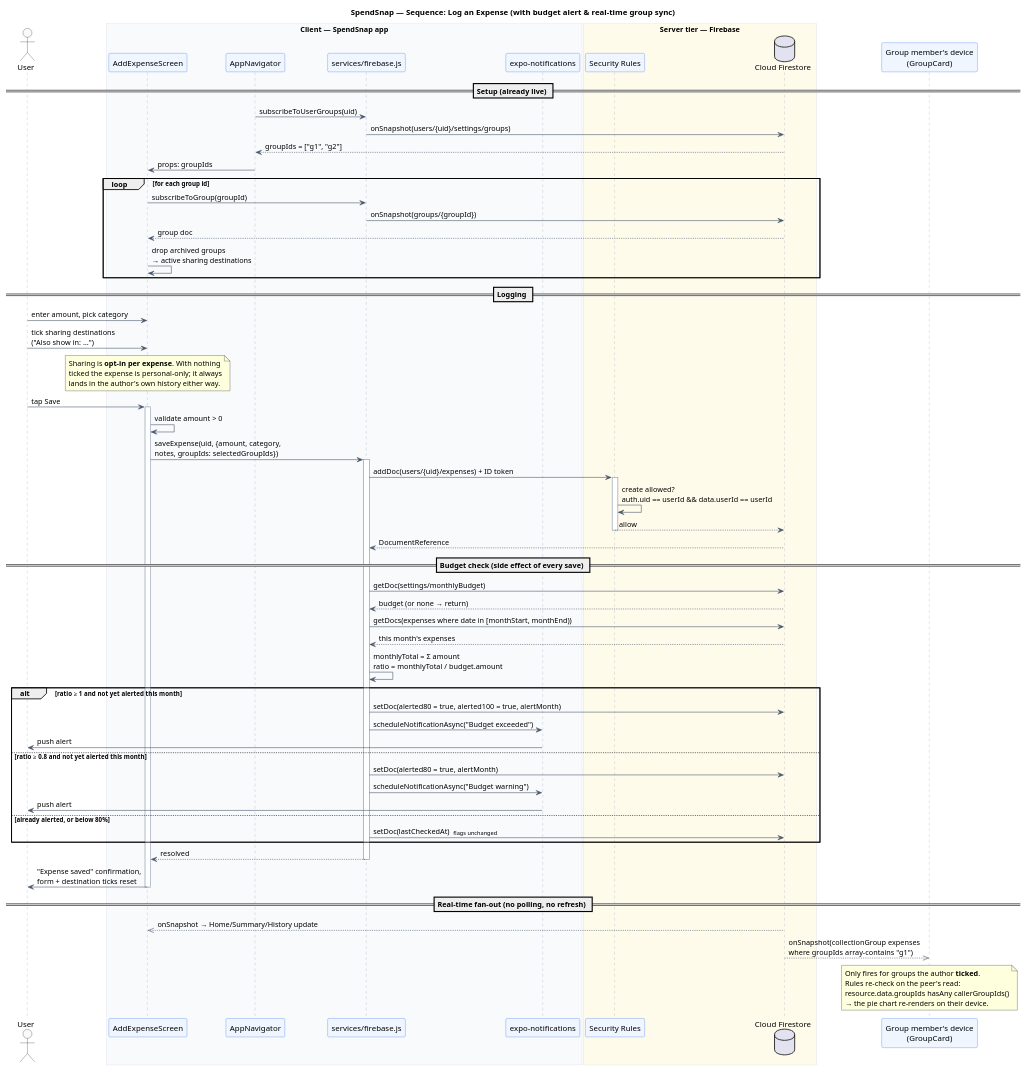
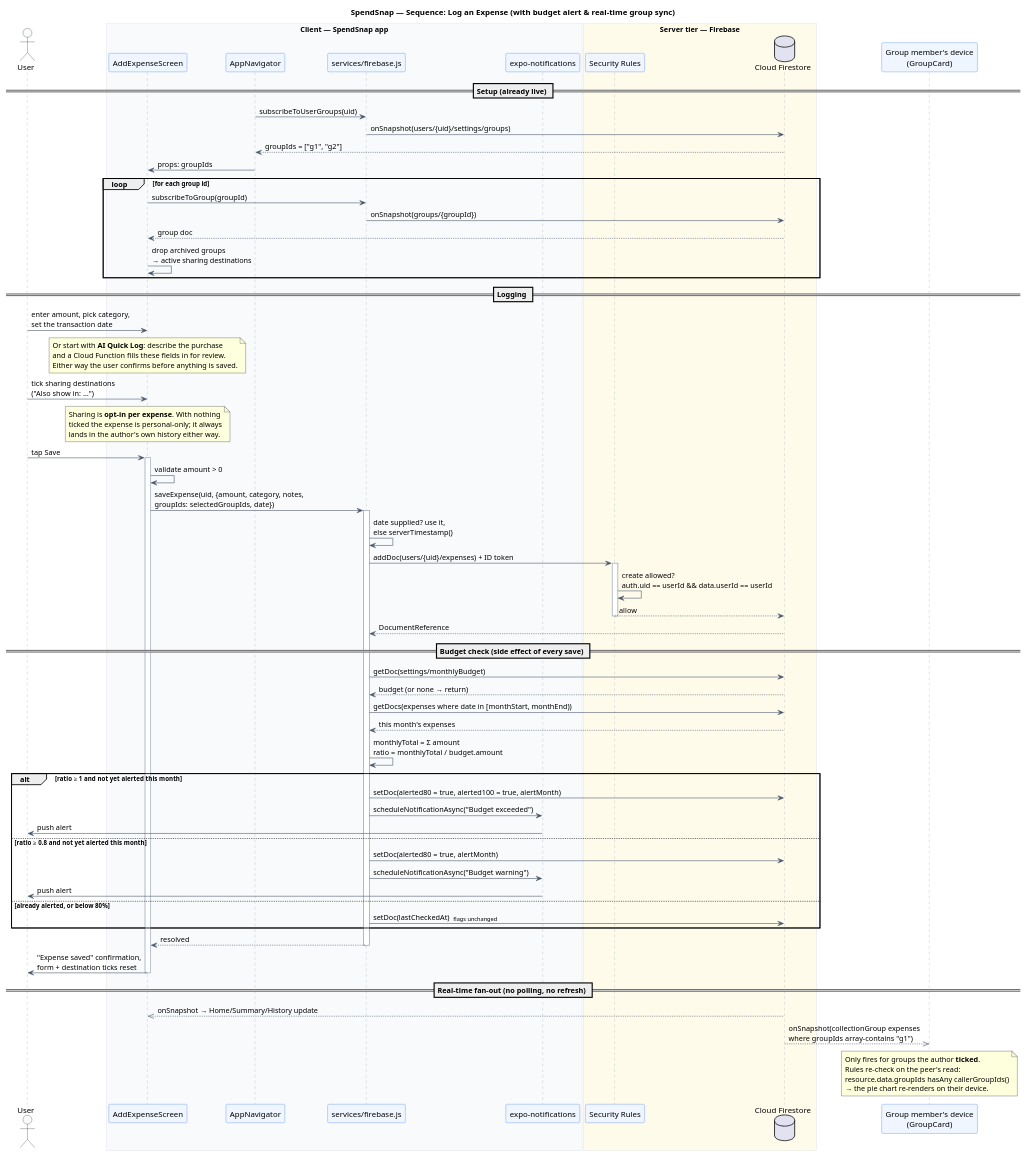
Before and after one commit to GeraldFSE/SpendSnap: the diagram in docs/diagrams/04-sequence-add-expense.puml, drawn with PlantUML. The commit also changed 18 other files, not shown here.

Commit message:
edited diagrams for feature/ai-quick-log

```diff
--- a/docs/diagrams/04-sequence-add-expense.puml
+++ b/docs/diagrams/04-sequence-add-expense.puml
@@ -1,100 +1,106 @@
 @startuml 04-sequence-add-expense
 ' SpendSnap — Logging an expense, the budget-alert side effect,
 ' and real-time fan-out to other group members.
 
 title SpendSnap — Sequence: Log an Expense (with budget alert & real-time group sync)
 
 skinparam backgroundColor #FFFFFF
 skinparam shadowing false
 skinparam ArrowColor #475569
 skinparam sequence {
   ParticipantBackgroundColor #EFF6FF
   ParticipantBorderColor #2563EB
   ActorBackgroundColor #F8FAFC
   LifeLineBorderColor #94A3B8
   BoxBorderColor #CBD5E1
   BoxBackgroundColor #F8FAFC
 }
 
 actor "User" as U
 box "Client — SpendSnap app" #F8FAFC
   participant "AddExpenseScreen" as SCR
   participant "AppNavigator" as NAV
   participant "services/firebase.js" as SVC
   participant "expo-notifications" as NOTIF
 end box
 box "Server tier — Firebase" #FFFBEB
   participant "Security Rules" as RULES
   database "Cloud Firestore" as FS
 end box
 participant "Group member's device\n(GroupCard)" as PEER
 
 == Setup (already live) ==
 NAV -> SVC : subscribeToUserGroups(uid)
 SVC -> FS : onSnapshot(users/{uid}/settings/groups)
 FS --> NAV : groupIds = ["g1", "g2"]
 NAV -> SCR : props: groupIds
 
 loop for each group id
   SCR -> SVC : subscribeToGroup(groupId)
   SVC -> FS : onSnapshot(groups/{groupId})
   FS --> SCR : group doc
   SCR -> SCR : drop archived groups\n→ active sharing destinations
 end
 
 == Logging ==
-U -> SCR : enter amount, pick category
+U -> SCR : enter amount, pick category,\nset the transaction date
+note over SCR
+  Or start with **AI Quick Log**: describe the purchase
+  and a Cloud Function fills these fields in for review.
+  Either way the user confirms before anything is saved.
+end note
 U -> SCR : tick sharing destinations\n("Also show in: …")
 note over SCR
   Sharing is **opt-in per expense**. With nothing
   ticked the expense is personal-only; it always
   lands in the author's own history either way.
 end note
 U -> SCR : tap Save
 activate SCR
 SCR -> SCR : validate amount > 0
-SCR -> SVC : saveExpense(uid, {amount, category,\nnotes, groupIds: selectedGroupIds})
+SCR -> SVC : saveExpense(uid, {amount, category, notes,\ngroupIds: selectedGroupIds, date})
 activate SVC
 
+SVC -> SVC : date supplied? use it,\nelse serverTimestamp()
 SVC -> RULES : addDoc(users/{uid}/expenses) + ID token
 activate RULES
 RULES -> RULES : create allowed?\nauth.uid == userId && data.userId == userId
 RULES --> FS : allow
 deactivate RULES
 FS --> SVC : DocumentReference
 
 == Budget check (side effect of every save) ==
 SVC -> FS : getDoc(settings/monthlyBudget)
 FS --> SVC : budget (or none → return)
 SVC -> FS : getDocs(expenses where date in [monthStart, monthEnd))
 FS --> SVC : this month's expenses
 SVC -> SVC : monthlyTotal = Σ amount\nratio = monthlyTotal / budget.amount
 
 alt ratio ≥ 1 and not yet alerted this month
   SVC -> FS : setDoc(alerted80 = true, alerted100 = true, alertMonth)
   SVC -> NOTIF : scheduleNotificationAsync("Budget exceeded")
   NOTIF -> U : push alert
 else ratio ≥ 0.8 and not yet alerted this month
   SVC -> FS : setDoc(alerted80 = true, alertMonth)
   SVC -> NOTIF : scheduleNotificationAsync("Budget warning")
   NOTIF -> U : push alert
 else already alerted, or below 80%
   SVC -> FS : setDoc(lastCheckedAt)  <size:10>flags unchanged</size>
 end
 
 SVC --> SCR : resolved
 deactivate SVC
 SCR -> U : "Expense saved" confirmation,\nform + destination ticks reset
 deactivate SCR
 
 == Real-time fan-out (no polling, no refresh) ==
 FS -->> SCR : onSnapshot → Home/Summary/History update
 FS -->> PEER : onSnapshot(collectionGroup expenses\nwhere groupIds array-contains "g1")
 note over PEER
   Only fires for groups the author **ticked**.
   Rules re-check on the peer's read:
   resource.data.groupIds hasAny callerGroupIds()
   → the pie chart re-renders on their device.
 end note
 
 @enduml
```
